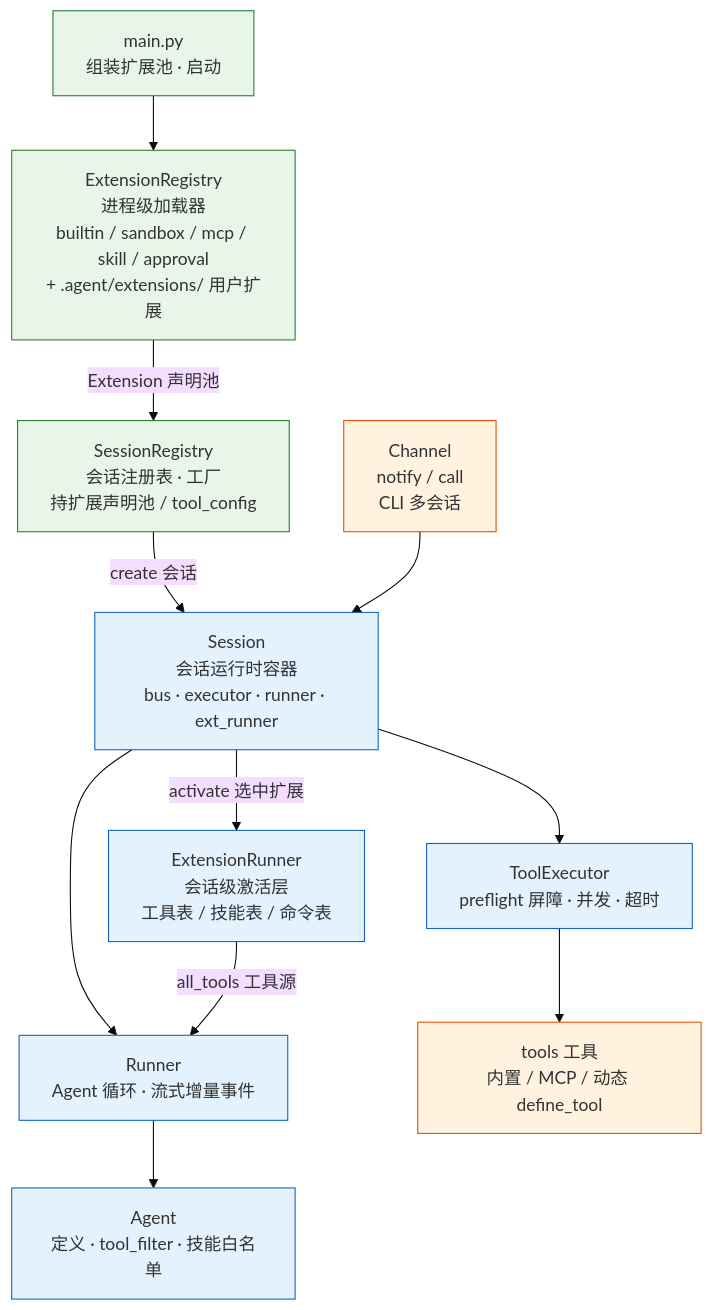
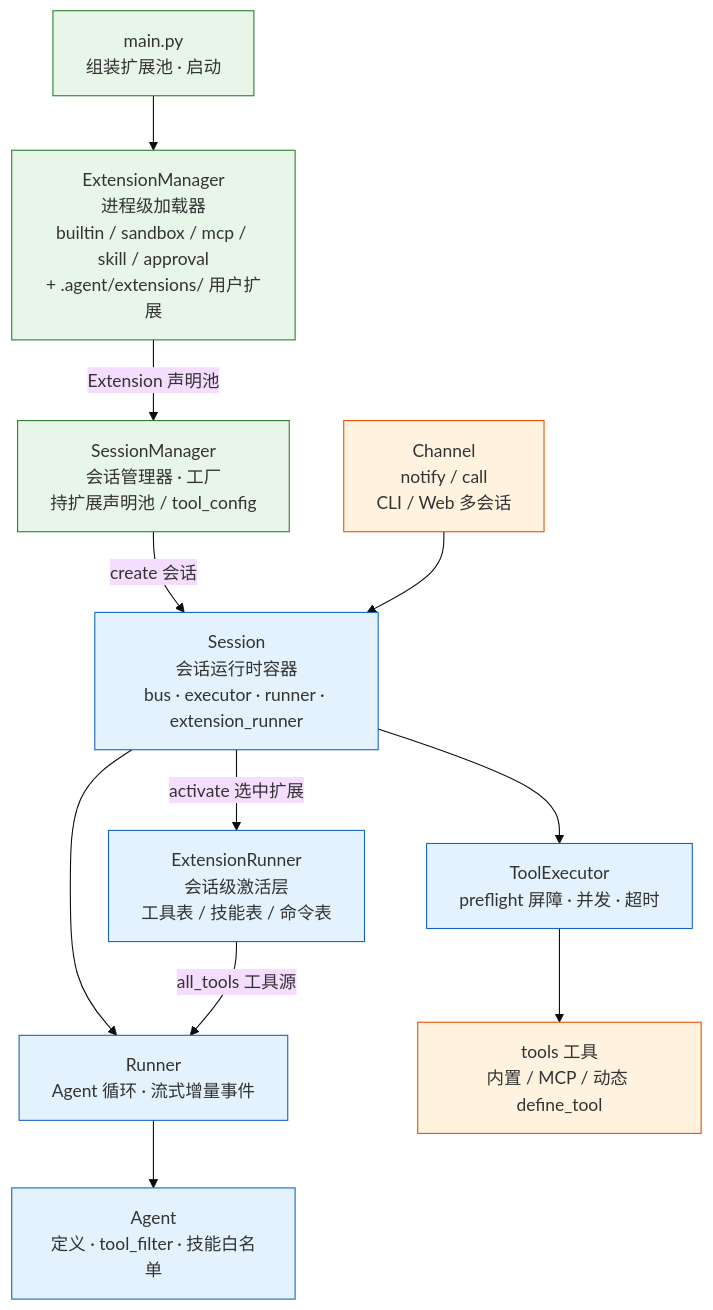
The first of 2 diagrams in README.md (yishenzhu/walle), drawn with Mermaid (base theme) before and after one commit. The commit also changed other lines of this file and 68 other files, not shown here.

````diff
--- a/README.md
+++ b/README.md
@@ -33,31 +33,31 @@
 ```mermaid
 flowchart TD
     Main["main.py<br/>组装扩展池 · 启动"]
-    Reg["ExtensionRegistry<br/>进程级加载器<br/>builtin / sandbox / mcp / skill / approval<br/>+ .agent/extensions/ 用户扩展"]
-    SR["SessionRegistry<br/>会话注册表 · 工厂<br/>持扩展声明池 / tool_config"]
-    S["Session<br/>会话运行时容器<br/>bus · executor · runner · ext_runner"]
+    ExtManager["ExtensionManager<br/>进程级加载器<br/>builtin / sandbox / mcp / skill / approval<br/>+ .agent/extensions/ 用户扩展"]
+    SessionManager["SessionManager<br/>会话管理器 · 工厂<br/>持扩展声明池 / tool_config"]
+    S["Session<br/>会话运行时容器<br/>bus · executor · runner · extension_runner"]
     ER["ExtensionRunner<br/>会话级激活层<br/>工具表 / 技能表 / 命令表"]
     R["Runner<br/>Agent 循环 · 流式增量事件"]
     E["ToolExecutor<br/>preflight 屏障 · 并发 · 超时"]
     A["Agent<br/>定义 · tool_filter · 技能白名单"]
     T["tools 工具<br/>内置 / MCP / 动态 define_tool"]
-    Ch["Channel<br/>notify / call<br/>CLI 多会话"]
+    Ch["Channel<br/>notify / call<br/>CLI / Web 多会话"]
 
-    Main --> Reg
-    Reg -->|Extension 声明池| SR
-    SR -->|create 会话| S
+    Main --> ExtManager
+    ExtManager -->|Extension 声明池| SessionManager
+    SessionManager -->|create 会话| S
     S -->|activate 选中扩展| ER
     S --> R
     S --> E
     R --> A
     E --> T
     ER -->|all_tools 工具源| R
     Ch --> S
 
     classDef entry fill:#e8f5e9,stroke:#2e7d32
     classDef core fill:#e3f2fd,stroke:#1565c0
     classDef tool fill:#fff3e0,stroke:#e65100
-    class Main,Reg,SR entry
+    class Main,ExtManager,SessionManager entry
     class S,ER,R,E,A core
     class T,Ch tool
 ```
````
